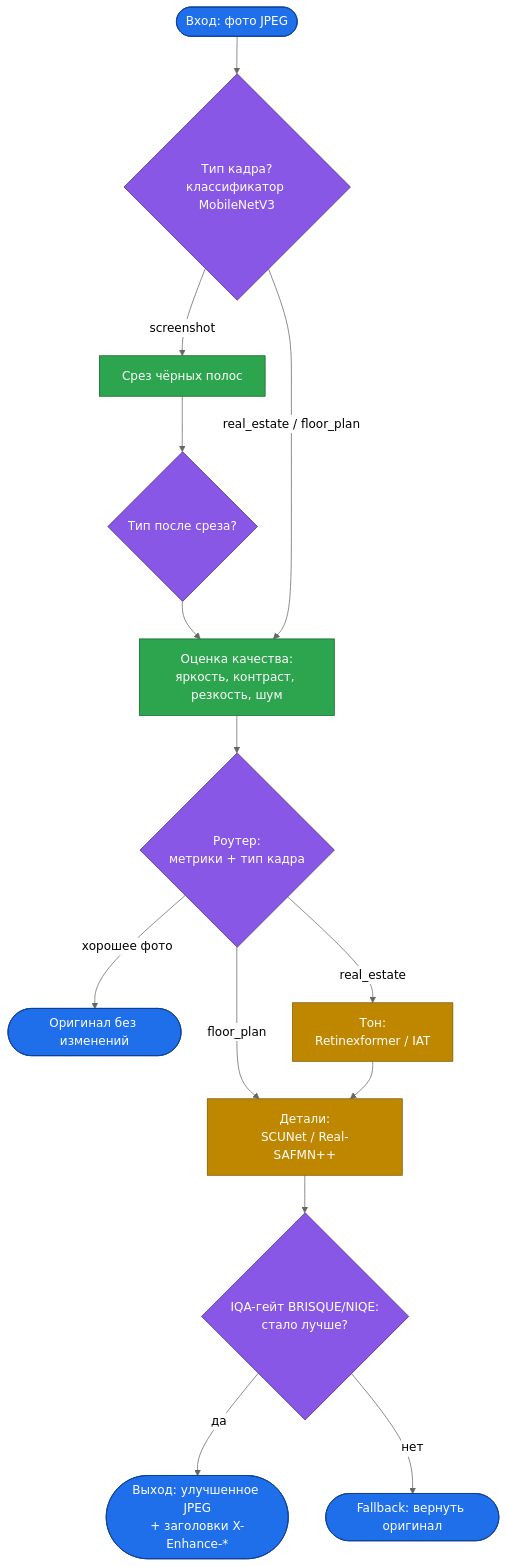
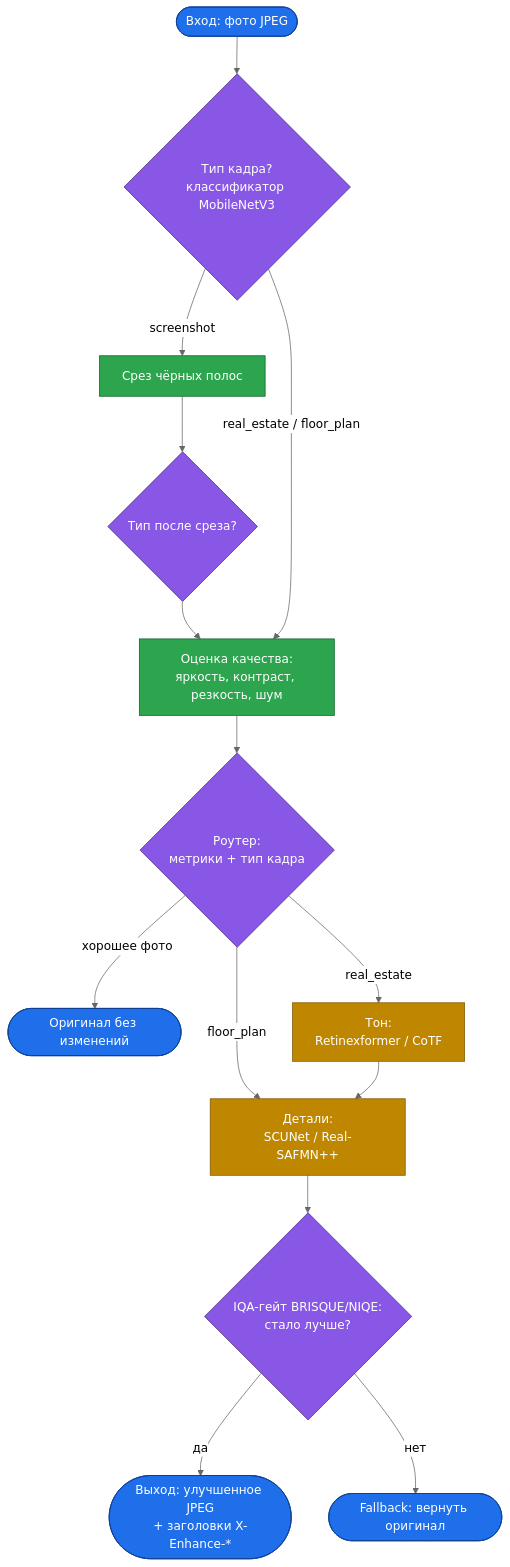
One commit to MCLXXIV/Image_Enhancement changed the diagram in README.md. Above: the diagram before and after it, drawn with Mermaid (neutral theme). The commit also changed 10 other files, not shown here.

````diff
--- a/README.md
+++ b/README.md
@@ -19,25 +19,25 @@
 ```mermaid
 flowchart TD
     IN([" Вход: фото JPEG "]):::io --> CLF{" Тип кадра?<br/>классификатор MobileNetV3 "}:::clf
 
     CLF -->|screenshot| CROP[" Срез чёрных полос "]:::step
     CROP --> RECLF{" Тип после среза? "}:::clf
     RECLF --> ASSESS
     CLF -->|" real_estate / floor_plan "| ASSESS[" Оценка качества:<br/>яркость, контраст, резкость, шум "]:::step
 
     ASSESS --> ROUTE{" Роутер:<br/>метрики + тип кадра "}:::clf
 
     ROUTE -->|" хорошее фото "| SKIP([" Оригинал без изменений "]):::io
-    ROUTE -->|" real_estate "| TONE[" Тон:<br/>Retinexformer / IAT "]:::model
+    ROUTE -->|" real_estate "| TONE[" Тон:<br/>Retinexformer / CoTF "]:::model
     ROUTE -->|" floor_plan "| DET
     TONE --> DET[" Детали:<br/>SCUNet / Real-SAFMN++ "]:::model
 
     DET --> IQA{" IQA-гейт BRISQUE/NIQE:<br/>стало лучше? "}:::clf
     IQA -->|да| OUT([" Выход: улучшенное JPEG<br/>+ заголовки X-Enhance-* "]):::io
     IQA -->|нет| FB([" Fallback: вернуть оригинал "]):::io
 
     classDef io fill:#1f6feb,color:#fff,stroke:#0b3d91,stroke-width:1px;
     classDef clf fill:#8957e5,color:#fff,stroke:#4b2a8a,stroke-width:1px;
     classDef step fill:#2da44e,color:#fff,stroke:#116329,stroke-width:1px;
     classDef model fill:#bf8700,color:#fff,stroke:#7d5700,stroke-width:1px;
 ```
````
